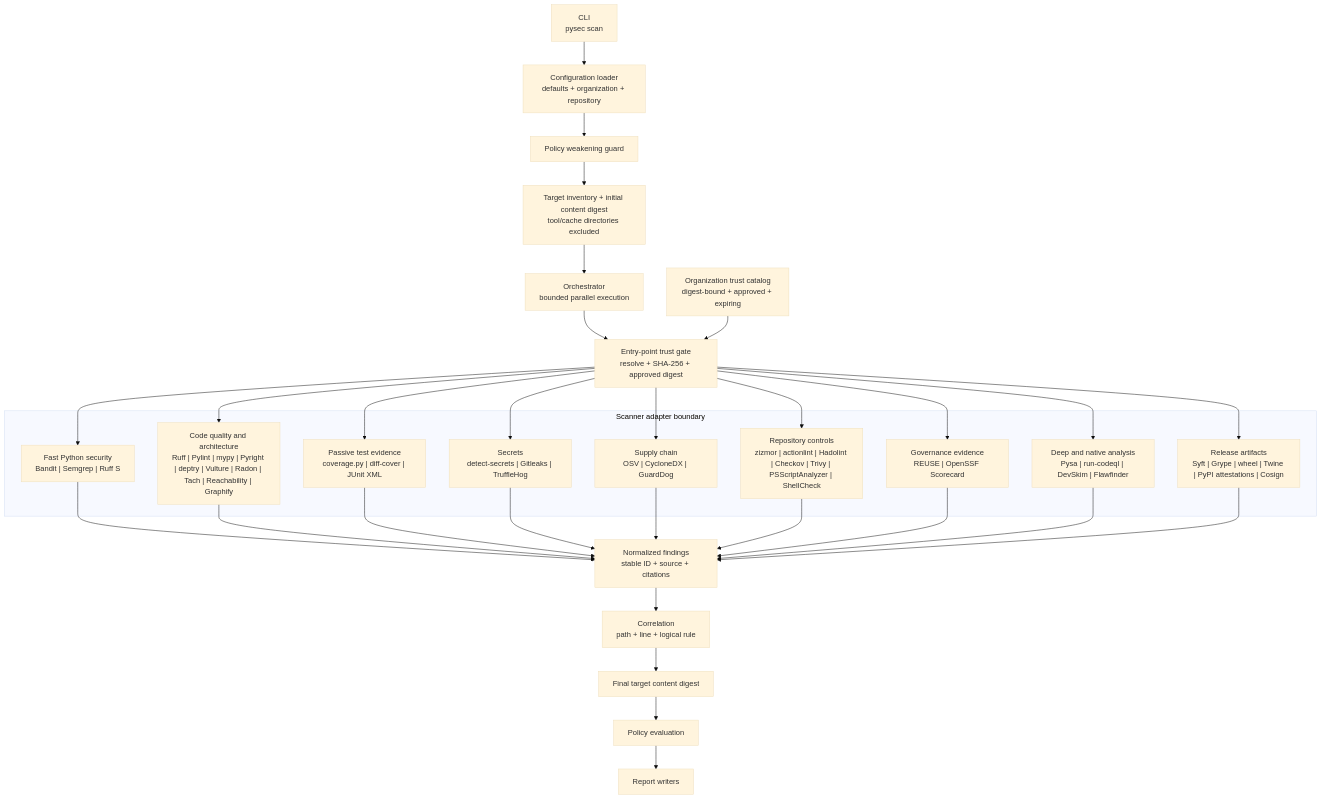
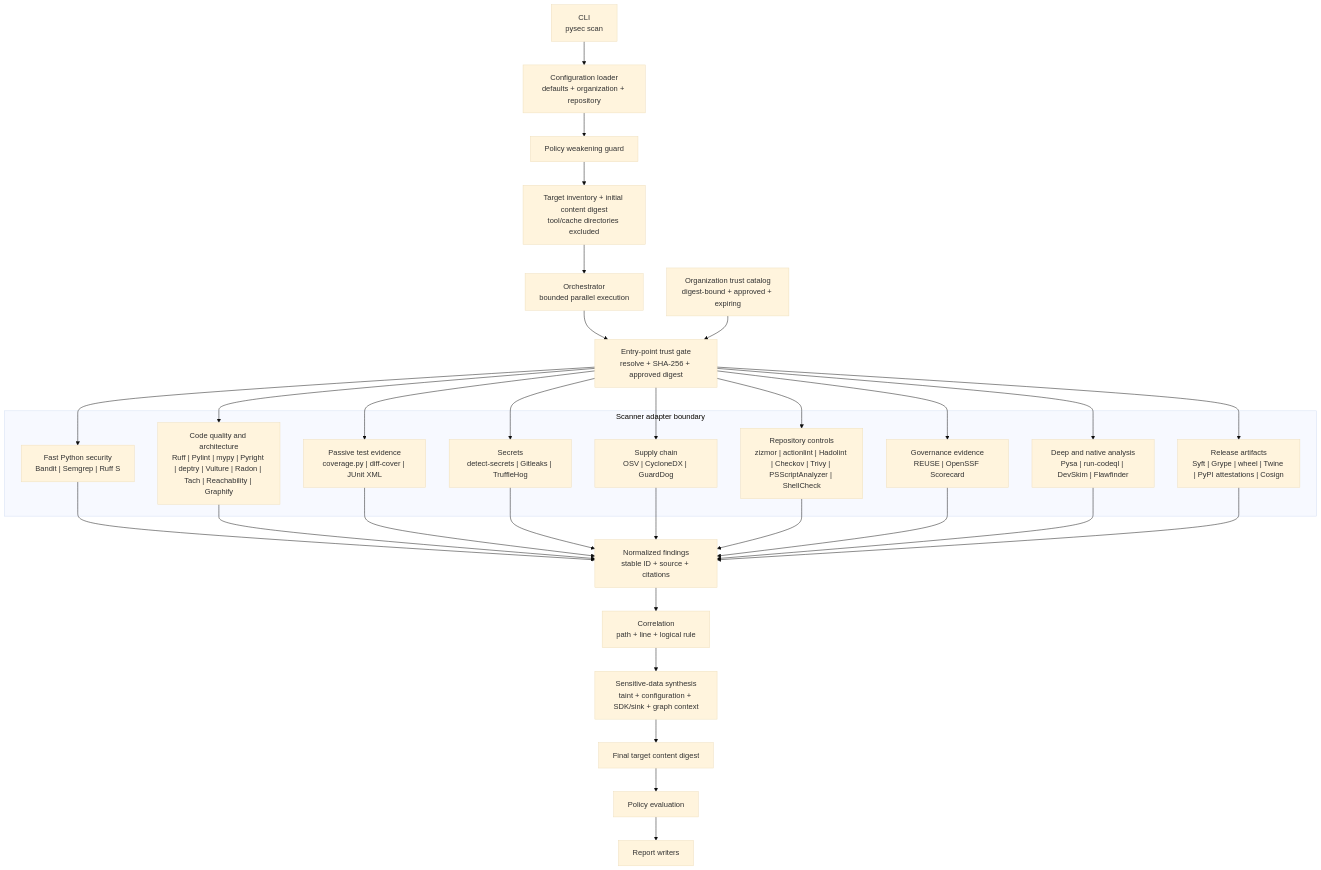
One commit to willtran87/project-py-security-suite changed the fifth of 11 diagrams in docs/design.md. Above: the diagram before and after it, drawn with Mermaid (base theme). The commit also changed other lines of this file and 18 other files, not shown here.

Commit message:
Add sensitive data exposure analysis

````diff
--- a/docs/design.md
+++ b/docs/design.md
@@ -202,50 +202,51 @@
 ```mermaid
 flowchart TD
     CLI["CLI<br/>pysec scan"]
     Config["Configuration loader<br/>defaults + organization + repository"]
     Guard["Policy weakening guard"]
     Inventory["Target inventory + initial content digest<br/>tool/cache directories excluded"]
     Orchestrator["Orchestrator<br/>bounded parallel execution"]
     TrustCatalog["Organization trust catalog<br/>digest-bound + approved + expiring"]
     ToolTrust["Entry-point trust gate<br/>resolve + SHA-256 + approved digest"]
     FinalSnapshot["Final target content digest"]
 
     subgraph Adapters["Scanner adapter boundary"]
         Fast["Fast Python security<br/>Bandit | Semgrep | Ruff S"]
         Quality["Code quality and architecture<br/>Ruff | Pylint | mypy | Pyright | deptry | Vulture | Radon | Tach | Reachability | Graphify"]
         Tests["Passive test evidence<br/>coverage.py | diff-cover | JUnit XML"]
         Secrets["Secrets<br/>detect-secrets | Gitleaks | TruffleHog"]
         Supply["Supply chain<br/>OSV | CycloneDX | GuardDog"]
         Pipeline["Repository controls<br/>zizmor | actionlint | Hadolint | Checkov | Trivy | PSScriptAnalyzer | ShellCheck"]
         Governance["Governance evidence<br/>REUSE | OpenSSF Scorecard"]
         Deep["Deep and native analysis<br/>Pysa | run-codeql | DevSkim | Flawfinder"]
         Artifact["Release artifacts<br/>Syft | Grype | wheel | Twine | PyPI attestations | Cosign"]
     end
 
     Normalize["Normalized findings<br/>stable ID + source + citations"]
     Correlate["Correlation<br/>path + line + logical rule"]
+    Exposure["Sensitive-data synthesis<br/>taint + configuration + SDK/sink + graph context"]
     Policy["Policy evaluation"]
     Report["Report writers"]
 
     CLI --> Config --> Guard --> Inventory --> Orchestrator --> ToolTrust
     TrustCatalog --> ToolTrust
     ToolTrust --> Fast
     ToolTrust --> Quality
     ToolTrust --> Tests
     ToolTrust --> Secrets
     ToolTrust --> Supply
     ToolTrust --> Pipeline
     ToolTrust --> Governance
     ToolTrust --> Deep
     ToolTrust --> Artifact
     Fast --> Normalize
     Quality --> Normalize
     Tests --> Normalize
     Secrets --> Normalize
     Supply --> Normalize
     Pipeline --> Normalize
     Governance --> Normalize
     Deep --> Normalize
     Artifact --> Normalize
-    Normalize --> Correlate --> FinalSnapshot --> Policy --> Report
+    Normalize --> Correlate --> Exposure --> FinalSnapshot --> Policy --> Report
 ```
````
